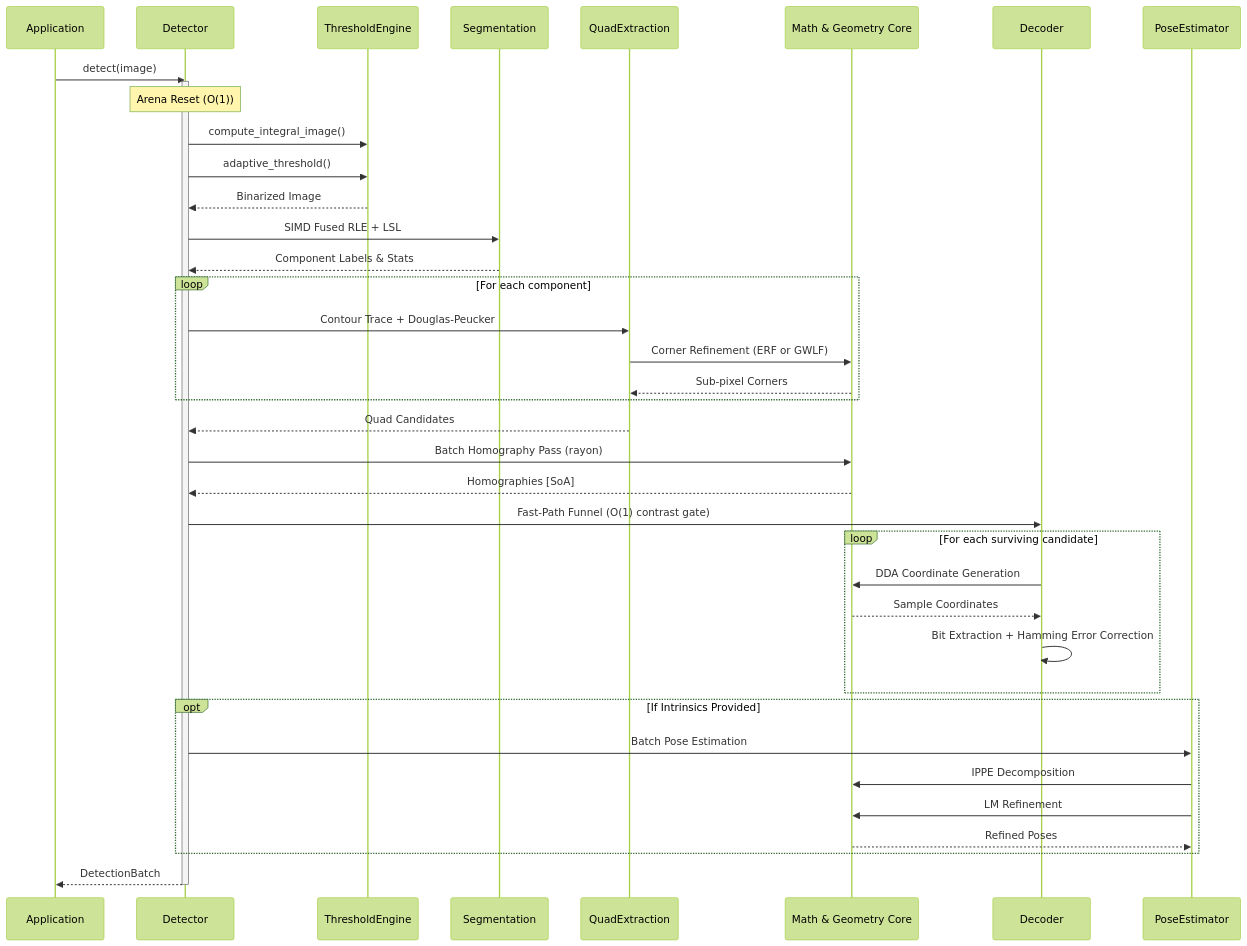
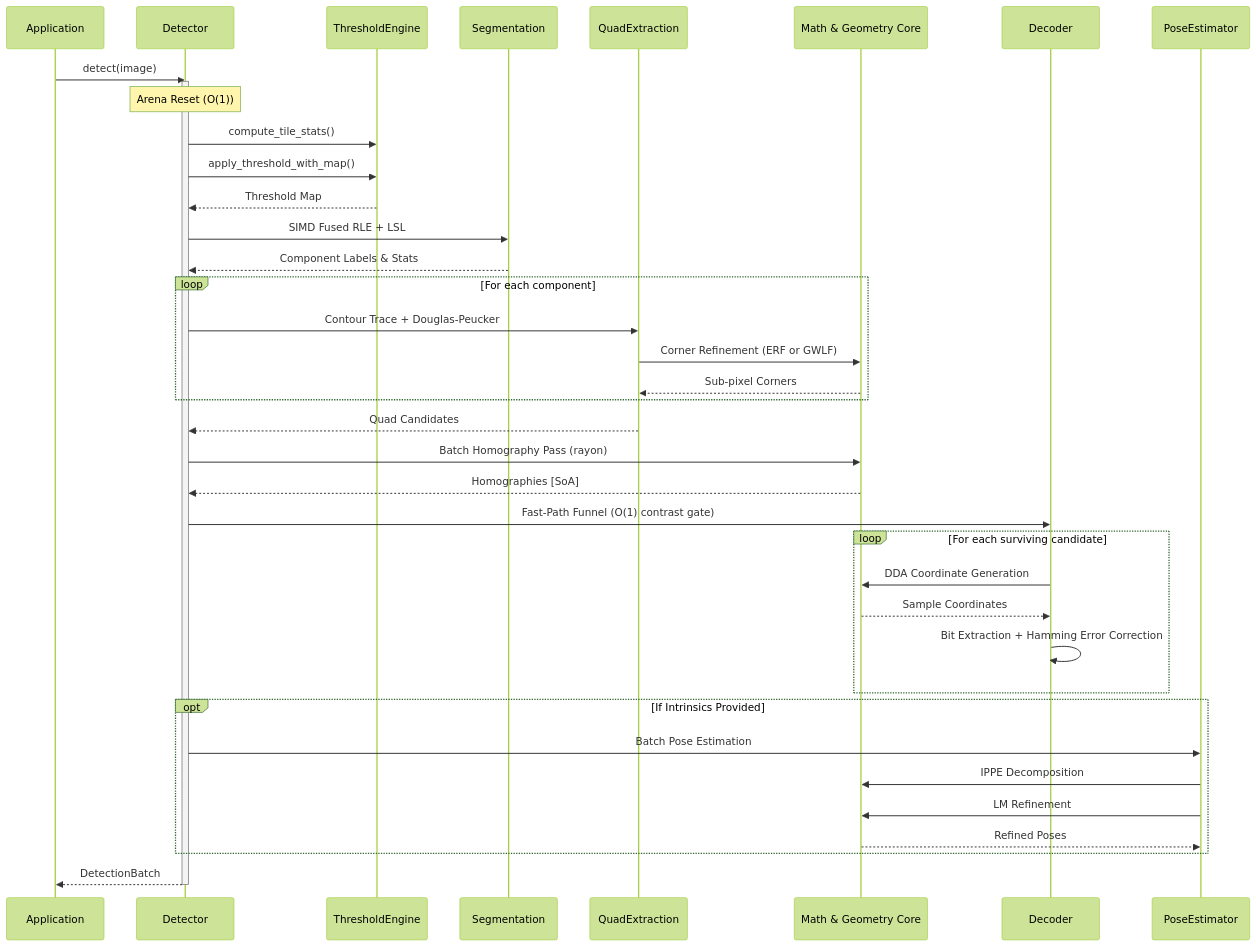
The second of 2 diagrams in docs/explanation/pipeline.md (NoeFontana/locus-tag), drawn with Mermaid (forest theme) before and after one commit. The commit also changed other lines of this file and 28 other files, not shown here.

````diff
--- a/docs/explanation/pipeline.md
+++ b/docs/explanation/pipeline.md
@@ -181,50 +199,50 @@
 ```mermaid
 sequenceDiagram
     participant App as Application
     participant Det as Detector
     participant Thresh as ThresholdEngine
     participant Seg as Segmentation
     participant Quad as QuadExtraction
     participant Geom as Math & Geometry Core
     participant Decode as Decoder
     participant Pose as PoseEstimator
 
     App->>Det: detect(image)
     activate Det
 
     Note over Det: Arena Reset (O(1))
 
-    Det->>Thresh: compute_integral_image()
-    Det->>Thresh: adaptive_threshold()
-    Thresh-->>Det: Binarized Image
+    Det->>Thresh: compute_tile_stats()
+    Det->>Thresh: apply_threshold_with_map()
+    Thresh-->>Det: Threshold Map
 
     Det->>Seg: SIMD Fused RLE + LSL
     Seg-->>Det: Component Labels & Stats
 
     loop For each component
         Det->>Quad: Contour Trace + Douglas-Peucker
         Quad->>Geom: Corner Refinement (ERF or GWLF)
         Geom-->>Quad: Sub-pixel Corners
     end
     Quad-->>Det: Quad Candidates
 
     Det->>Geom: Batch Homography Pass (rayon)
     Geom-->>Det: Homographies [SoA]
 
     Det->>Decode: Fast-Path Funnel (O(1) contrast gate)
     loop For each surviving candidate
         Decode->>Geom: DDA Coordinate Generation
         Geom-->>Decode: Sample Coordinates
         Decode->>Decode: Bit Extraction + Hamming Error Correction
     end
 
     opt If Intrinsics Provided
         Det->>Pose: Batch Pose Estimation
         Pose->>Geom: IPPE Decomposition
         Pose->>Geom: LM Refinement
         Geom-->>Pose: Refined Poses
     end
 
     Det-->>App: DetectionBatch
     deactivate Det
 ```
````
